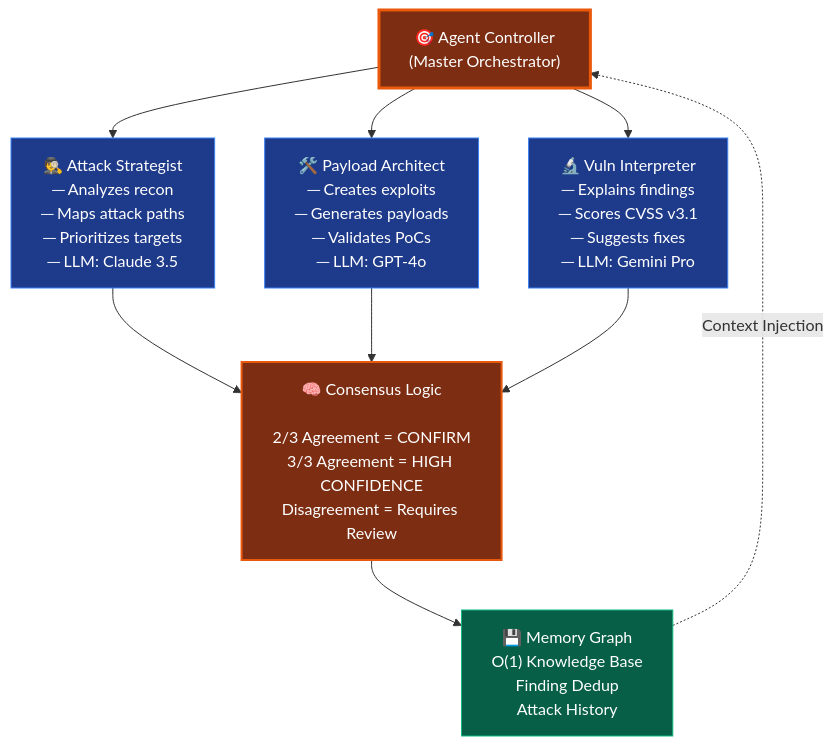
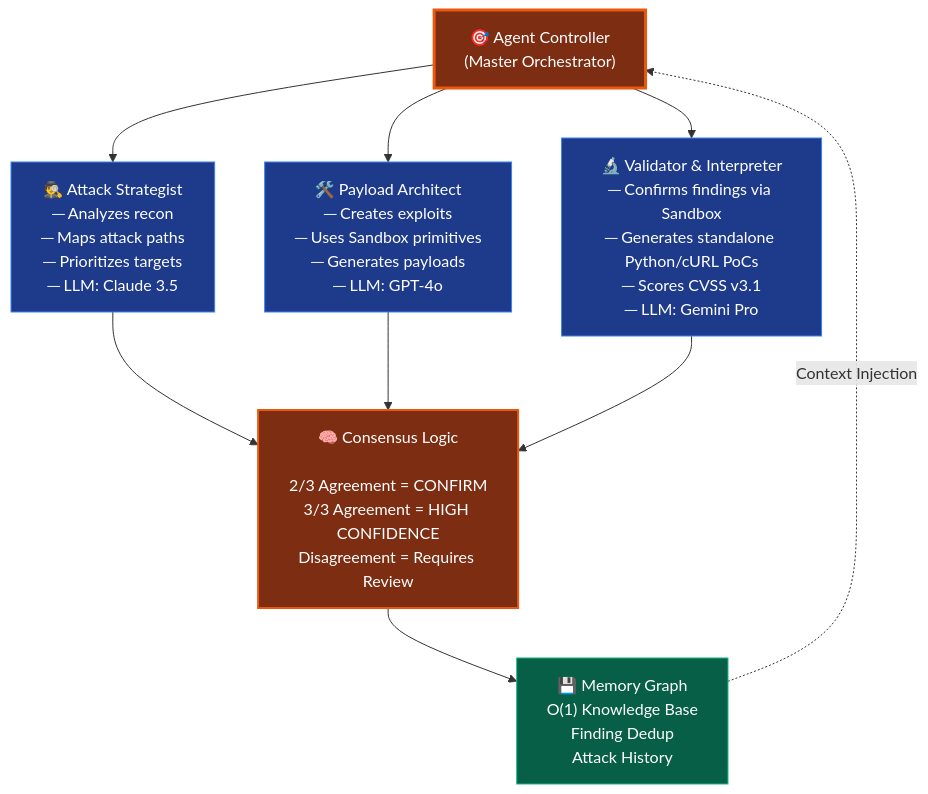
The second of 3 diagrams in README.md (gl1tch0x1/bbh_ai), drawn with Mermaid before and after one commit. The commit also changed other lines of this file and 7 other files, not shown here.

````diff
--- a/README.md
+++ b/README.md
@@ -109,30 +115,30 @@
 ```mermaid
 graph TB
     AC["🎯 Agent Controller<br/>(Master Orchestrator)"]
     
     AS["🕵️ Attack Strategist<br/>─ Analyzes recon<br/>─ Maps attack paths<br/>─ Prioritizes targets<br/>─ LLM: Claude 3.5"]
     
-    PA["🛠️ Payload Architect<br/>─ Creates exploits<br/>─ Generates payloads<br/>─ Validates PoCs<br/>─ LLM: GPT-4o"]
+    PA["🛠️ Payload Architect<br/>─ Creates exploits<br/>─ Uses Sandbox primitives<br/>─ Generates payloads<br/>─ LLM: GPT-4o"]
     
-    VI["🔬 Vuln Interpreter<br/>─ Explains findings<br/>─ Scores CVSS v3.1<br/>─ Suggests fixes<br/>─ LLM: Gemini Pro"]
+    VI["🔬 Validator & Interpreter<br/>─ Confirms findings via Sandbox<br/>─ Generates standalone Python/cURL PoCs<br/>─ Scores CVSS v3.1<br/>─ LLM: Gemini Pro"]
     
     CONS["🧠 Consensus Logic<br/><br/>2/3 Agreement = CONFIRM<br/>3/3 Agreement = HIGH CONFIDENCE<br/>Disagreement = Requires Review"]
     
     MG["💾 Memory Graph<br/>O(1) Knowledge Base<br/>Finding Dedup<br/>Attack History"]
     
     AC --> AS
     AC --> PA
     AC --> VI
     AS --> CONS
     PA --> CONS
     VI --> CONS
     CONS --> MG
     MG -.->|"Context Injection"| AC
     
     style AC fill:#7c2d12,stroke:#ea580c,color:#fff,stroke-width:3px
     style AS fill:#1e3a8a,stroke:#3b82f6,color:#fff
     style PA fill:#1e3a8a,stroke:#3b82f6,color:#fff
     style VI fill:#1e3a8a,stroke:#3b82f6,color:#fff
     style CONS fill:#7c2d12,stroke:#ea580c,color:#fff,stroke-width:2px
     style MG fill:#065f46,stroke:#10b981,color:#fff
 ```
````
